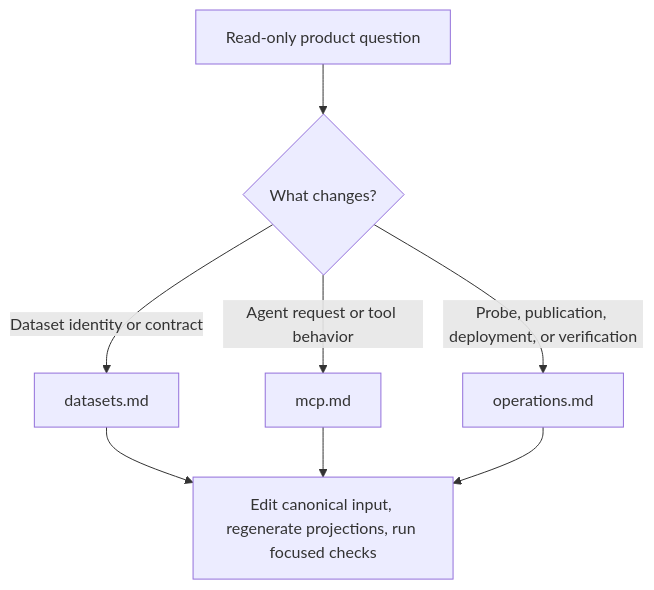
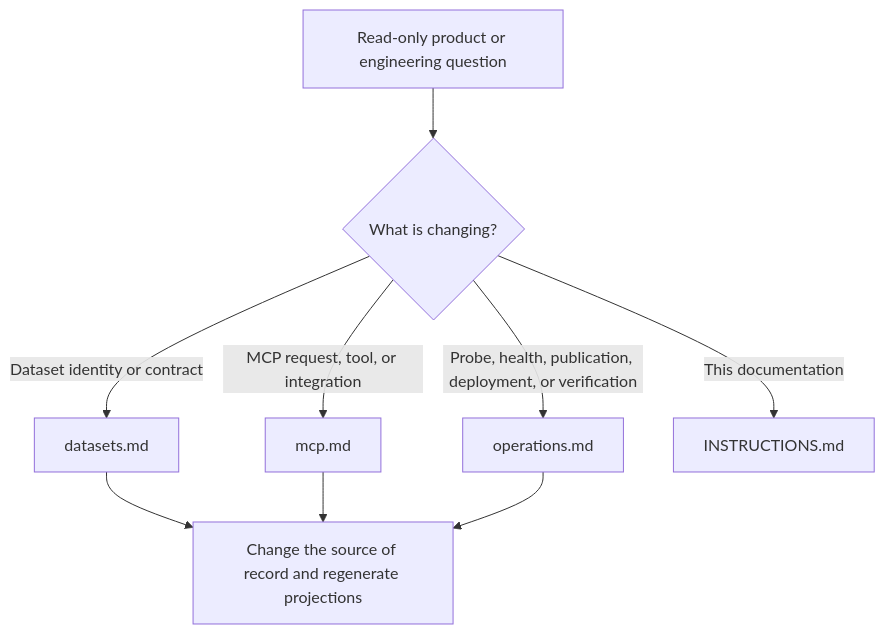
Before and after one commit to r3dz4r/datapulse-my: the diagram in openwiki/quickstart.md, drawn with Mermaid. The commit also changed other lines of this file and 4 other files, not shown here.

````diff
--- a/openwiki/quickstart.md
+++ b/openwiki/quickstart.md
@@ -52,10 +60,11 @@
 ```mermaid
 flowchart TD
-    A["Read-only product question"] --> B{"What changes?"}
+    A["Read-only product or engineering question"] --> B{"What is changing?"}
     B -->|"Dataset identity or contract"| D["datasets.md"]
-    B -->|"Agent request or tool behavior"| M["mcp.md"]
-    B -->|"Probe, publication, deployment, or verification"| O["operations.md"]
-    D --> S["Edit canonical input, regenerate projections, run focused checks"]
-    M --> S
-    O --> S
+    B -->|"MCP request, tool, or integration"| M["mcp.md"]
+    B -->|"Probe, health, publication, deployment, or verification"| O["operations.md"]
+    B -->|"This documentation"| I["INSTRUCTIONS.md"]
+    D --> R["Change the source of record and regenerate projections"]
+    M --> R
+    O --> R
 ```
````
